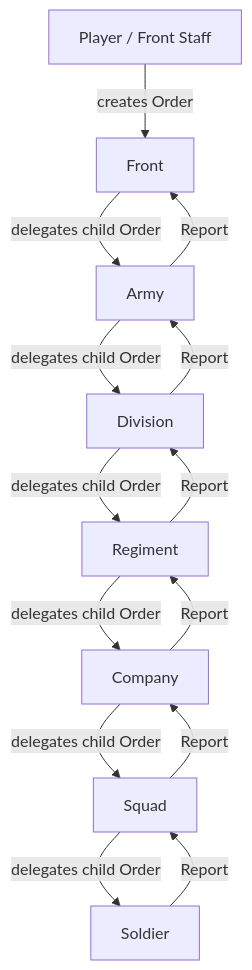
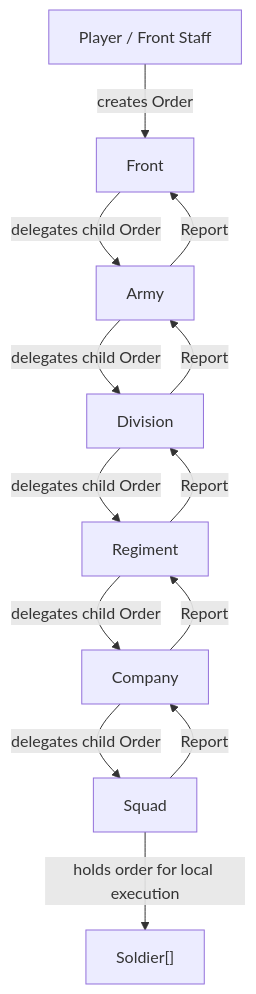
The diagram in docs/FOUNDATION_PROTOTYPE.md (KlimTiger/Front-Command), drawn with Mermaid before and after one commit. The commit also changed other lines of this file and 29 other files, not shown here.

````diff
--- a/docs/FOUNDATION_PROTOTYPE.md
+++ b/docs/FOUNDATION_PROTOTYPE.md
@@ -66,17 +145,16 @@
 ```mermaid
 flowchart TD
     Player["Player / Front Staff"] -->|creates Order| Front
     Front -->|delegates child Order| Army
     Army -->|delegates child Order| Division
     Division -->|delegates child Order| Regiment
     Regiment -->|delegates child Order| Company
     Company -->|delegates child Order| Squad
-    Squad -->|delegates child Order| Soldier
 
-    Soldier -->|Report| Squad
+    Squad -->|holds order for local execution| Soldiers["Soldier[]"]
     Squad -->|Report| Company
     Company -->|Report| Regiment
     Regiment -->|Report| Division
     Division -->|Report| Army
     Army -->|Report| Front
 ```
````
